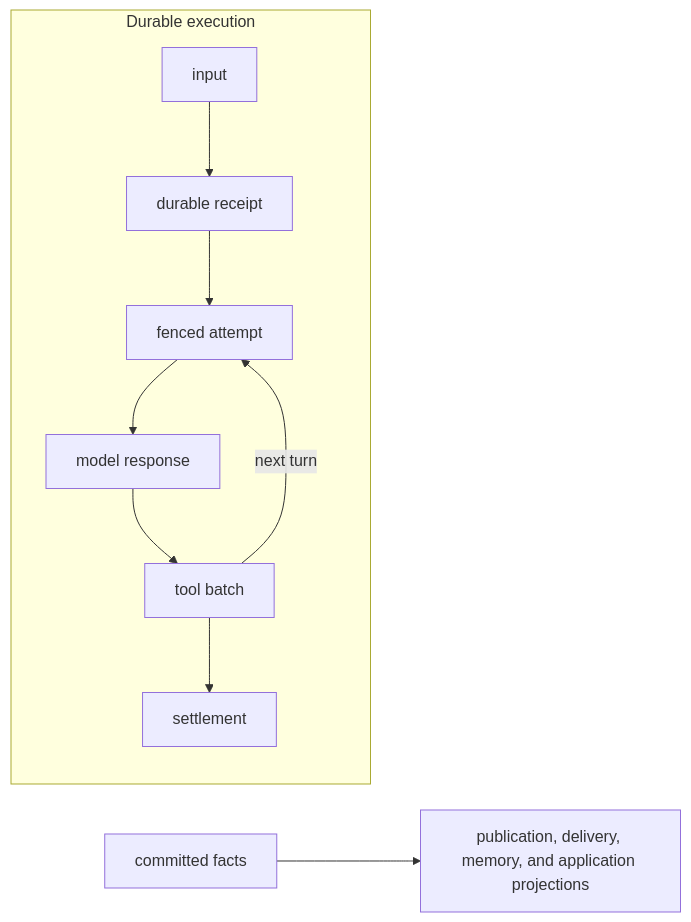
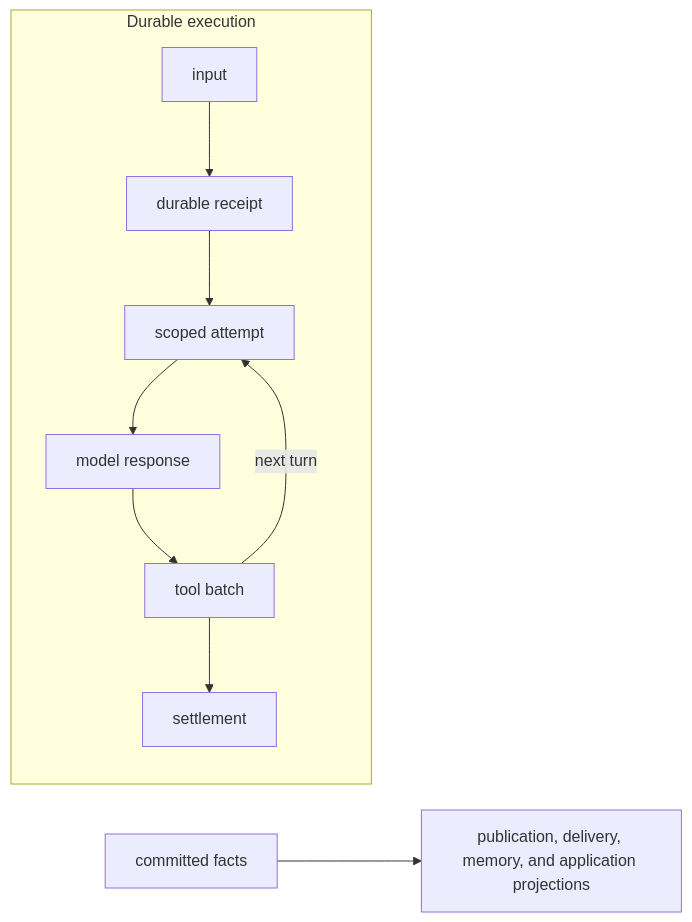
One commit to yielded-dev/agent changed the diagram in docs/src/content/docs/concepts/runtime-model.md. Above: the diagram before and after it, drawn with Mermaid. The commit also changed other lines of this file and 158 other files, not shown here.

Commit message:
Replace durable Run ownership with scoped local generations

````diff
--- a/docs/src/content/docs/concepts/runtime-model.md
+++ b/docs/src/content/docs/concepts/runtime-model.md
@@ -12,10 +12,10 @@
 ```mermaid
 flowchart LR
   accTitle: Durable execution and committed facts
-  accDescr: Input flows through a durable receipt, fenced attempt, model response, tool batch, and settlement. The tool batch can return to the fenced attempt for the next turn. Committed facts feed publication, delivery, memory, and application projections.
+  accDescr: Input flows through a durable receipt, scoped attempt, model response, tool batch, and settlement. The tool batch can return to the scoped attempt for the next turn. Committed facts feed publication, delivery, memory, and application projections.
   subgraph durable["Durable execution"]
-    input["input"] --> receipt["durable receipt"] --> attempt["fenced attempt"] --> model["model response"] --> batch["tool batch"] --> settlement["settlement"]
+    input["input"] --> receipt["durable receipt"] --> attempt["scoped attempt"] --> model["model response"] --> batch["tool batch"] --> settlement["settlement"]
     batch -->|next turn| attempt
   end
   facts["committed facts"] --> projections["publication, delivery, memory, and application projections"]
 ```
````
